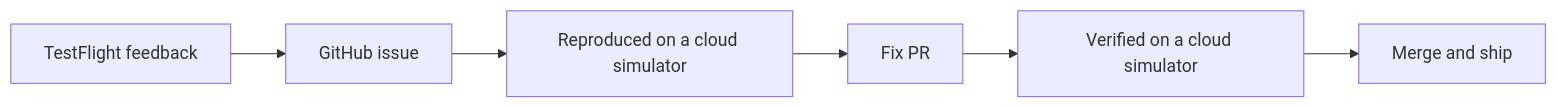
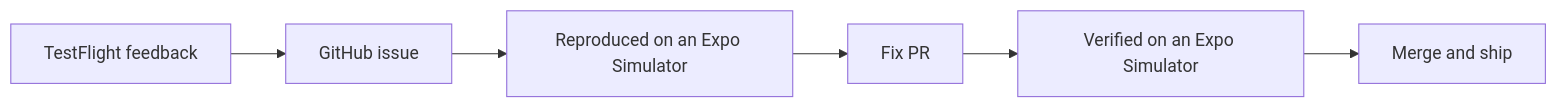
The first of 3 diagrams in README.md (jacobhammerle/todo-app), drawn with Mermaid before and after one commit. The commit also changed other lines of this file and 10 other files, not shown here.

First line of the commit message:
Call the cloud devices Expo Simulators everywhere in prose

````diff
--- a/README.md
+++ b/README.md
@@ -16,8 +16,8 @@
 ```mermaid
 flowchart LR
     A[TestFlight feedback] --> B[GitHub issue]
-    B --> C[Reproduced on a cloud simulator]
+    B --> C[Reproduced on an Expo Simulator]
     C --> D[Fix PR]
-    D --> E[Verified on a cloud simulator]
+    D --> E[Verified on an Expo Simulator]
     E --> F[Merge and ship]
 ```
````
